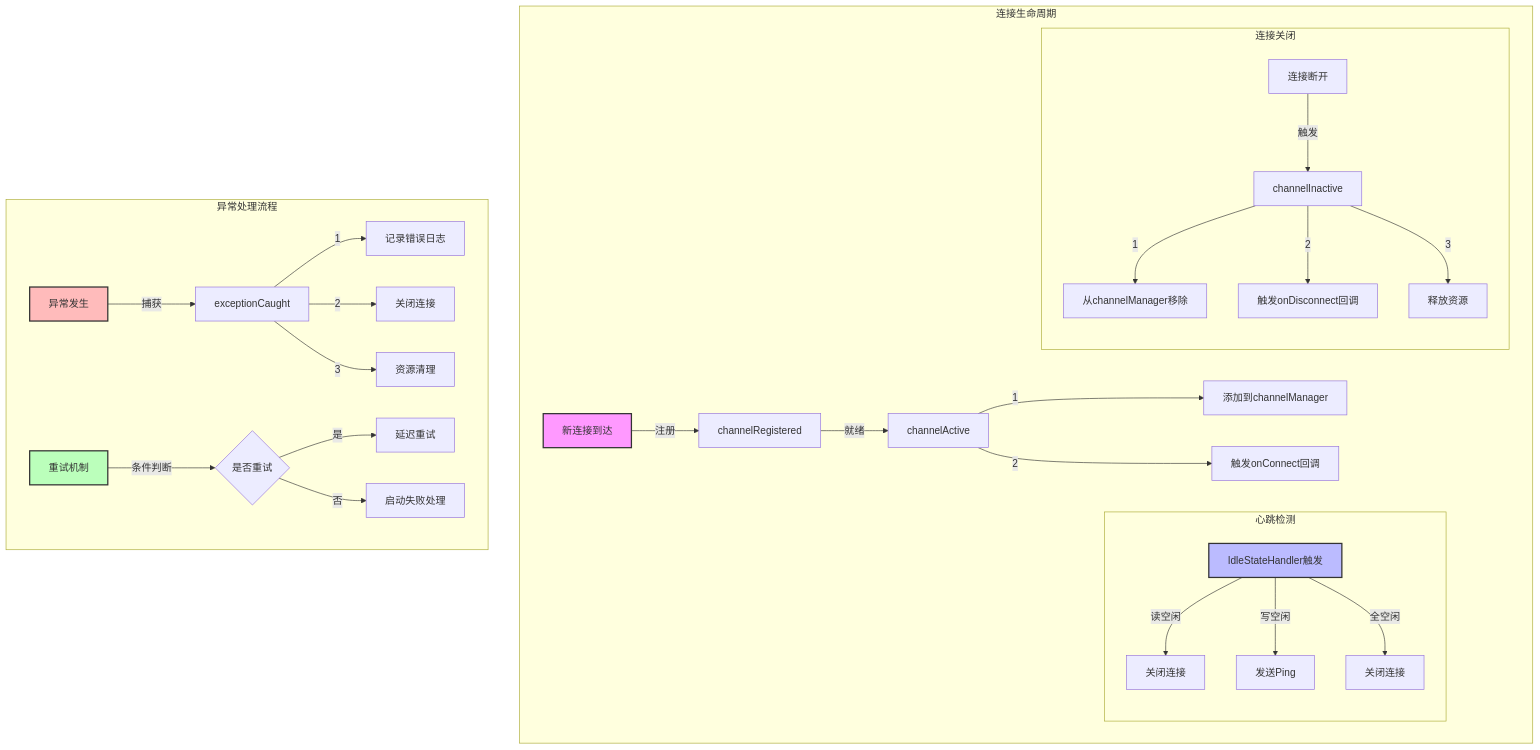
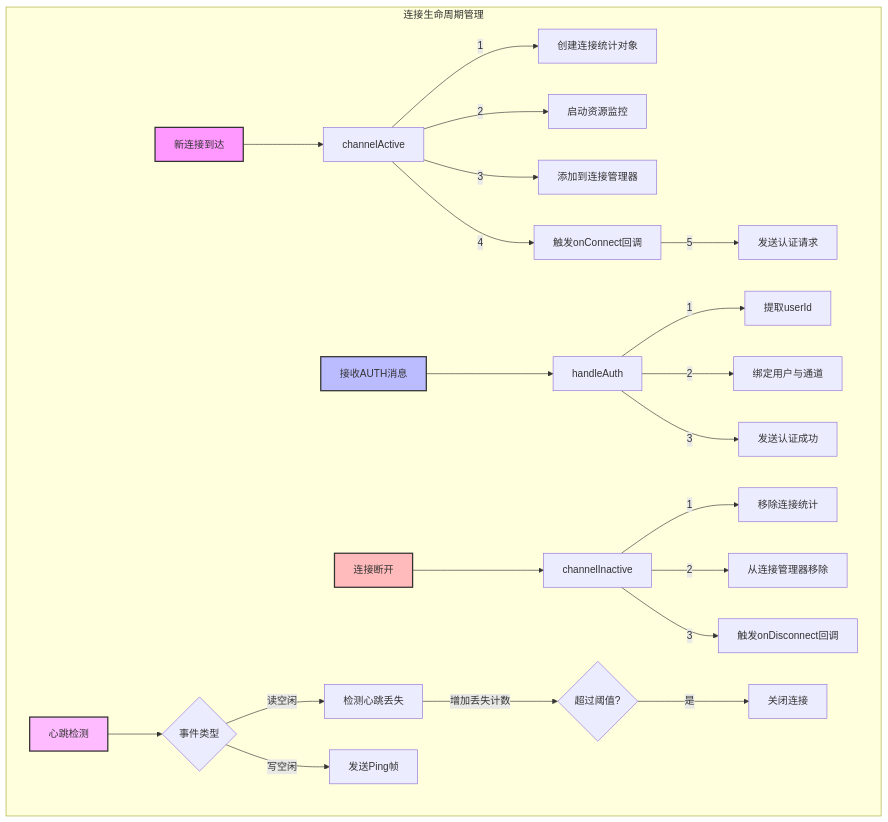
The fourth of 10 diagrams in src/main/resources/README.md (hahaha-zsq/winter-netty-spring-boot-starter), drawn with Mermaid before and after one commit. The commit also changed other lines of this file and 1 other file, not shown here.

````diff
--- a/src/main/resources/README.md
+++ b/src/main/resources/README.md
@@ -132,41 +190,33 @@
 ```mermaid
 graph TD
-    subgraph 连接生命周期
-        A[新连接到达] -->|注册| B[channelRegistered]
-        B -->|就绪| C[channelActive]
+    subgraph "连接生命周期管理"
+        A[新连接到达] --> B[channelActive]
         
-        C -->|1| C1[添加到channelManager]
-        C -->|2| C2[触发onConnect回调]
+        B -->|1| C1[创建连接统计对象]
+        B -->|2| C2[启动资源监控]
+        B -->|3| C3[添加到连接管理器]
+        B -->|4| C4[触发onConnect回调]
+        C4 -->|5| C5[发送认证请求]
         
-        subgraph 心跳检测
-            D[IdleStateHandler触发]
-            D -->|读空闲| D1[关闭连接]
-            D -->|写空闲| D2[发送Ping]
-            D -->|全空闲| D3[关闭连接]
-        end
+        D[接收AUTH消息] --> E[handleAuth]
+        E -->|1| E1[提取userId]
+        E -->|2| E2[绑定用户与通道]
+        E -->|3| E3[发送认证成功]
         
-        subgraph 连接关闭
-            E[连接断开] -->|触发| F[channelInactive]
-            F -->|1| F1[从channelManager移除]
-            F -->|2| F2[触发onDisconnect回调]
-            F -->|3| F3[释放资源]
-        end
+        F[连接断开] --> G[channelInactive]
+        G -->|1| G1[移除连接统计]
+        G -->|2| G2[从连接管理器移除]
+        G -->|3| G3[触发onDisconnect回调]
+        
+        H[心跳检测] --> I{事件类型}
+        I -->|读空闲| I1[检测心跳丢失]
+        I1 -->|增加丢失计数| I2{超过阈值?}
+        I2 -->|是| I3[关闭连接]
+        I -->|写空闲| I4[发送Ping帧]
     end
     
-    subgraph 异常处理流程
-        X[异常发生] -->|捕获| Y[exceptionCaught]
-        Y -->|1| Y1[记录错误日志]
-        Y -->|2| Y2[关闭连接]
-        Y -->|3| Y3[资源清理]
-        
-        Z[重试机制]
-        Z -->|条件判断| Z1{是否重试}
-        Z1 -->|是| Z2[延迟重试]
-        Z1 -->|否| Z3[启动失败处理]
-    end
-
     style A fill:#f9f,stroke:#333,stroke-width:2px
     style D fill:#bbf,stroke:#333,stroke-width:2px
-    style X fill:#fbb,stroke:#333,stroke-width:2px
-    style Z fill:#bfb,stroke:#333,stroke-width:2px
+    style F fill:#fbb,stroke:#333,stroke-width:2px
+    style H fill:#fbf,stroke:#333,stroke-width:2px
 ```
````
